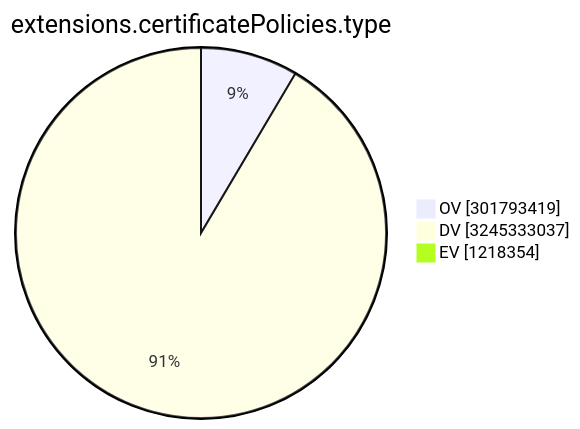
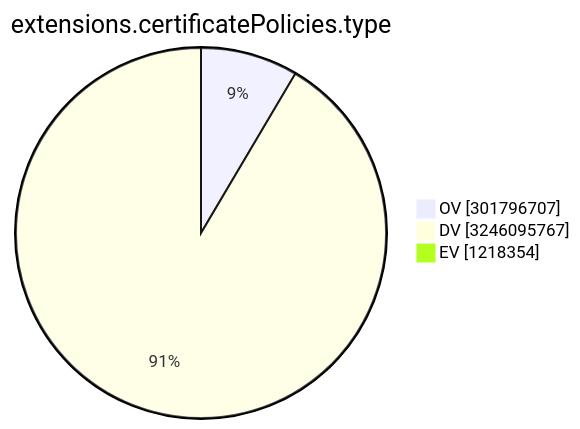
Before and after one commit to christiankrug/ctmonitor_visualization: the ninth of 15 diagrams in TOTAL/README.md, drawn with Mermaid. The commit also changed other lines of this file, not shown here.

````diff
--- a/TOTAL/README.md
+++ b/TOTAL/README.md
@@ -3107,7 +3107,7 @@
 ```mermaid
 pie showData
 title extensions.certificatePolicies.type
-"OV" :301793419
-"DV" :3245333037
+"OV" :301796707
+"DV" :3246095767
 "EV" :1218354
 ```
````
